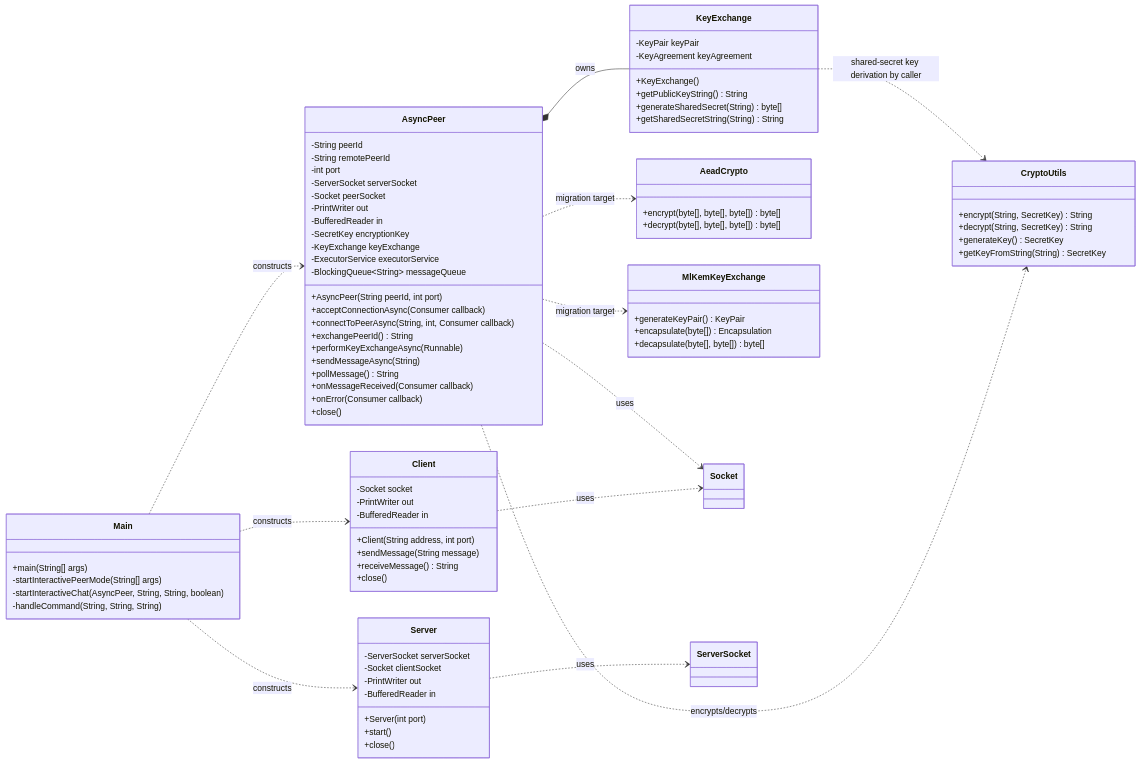
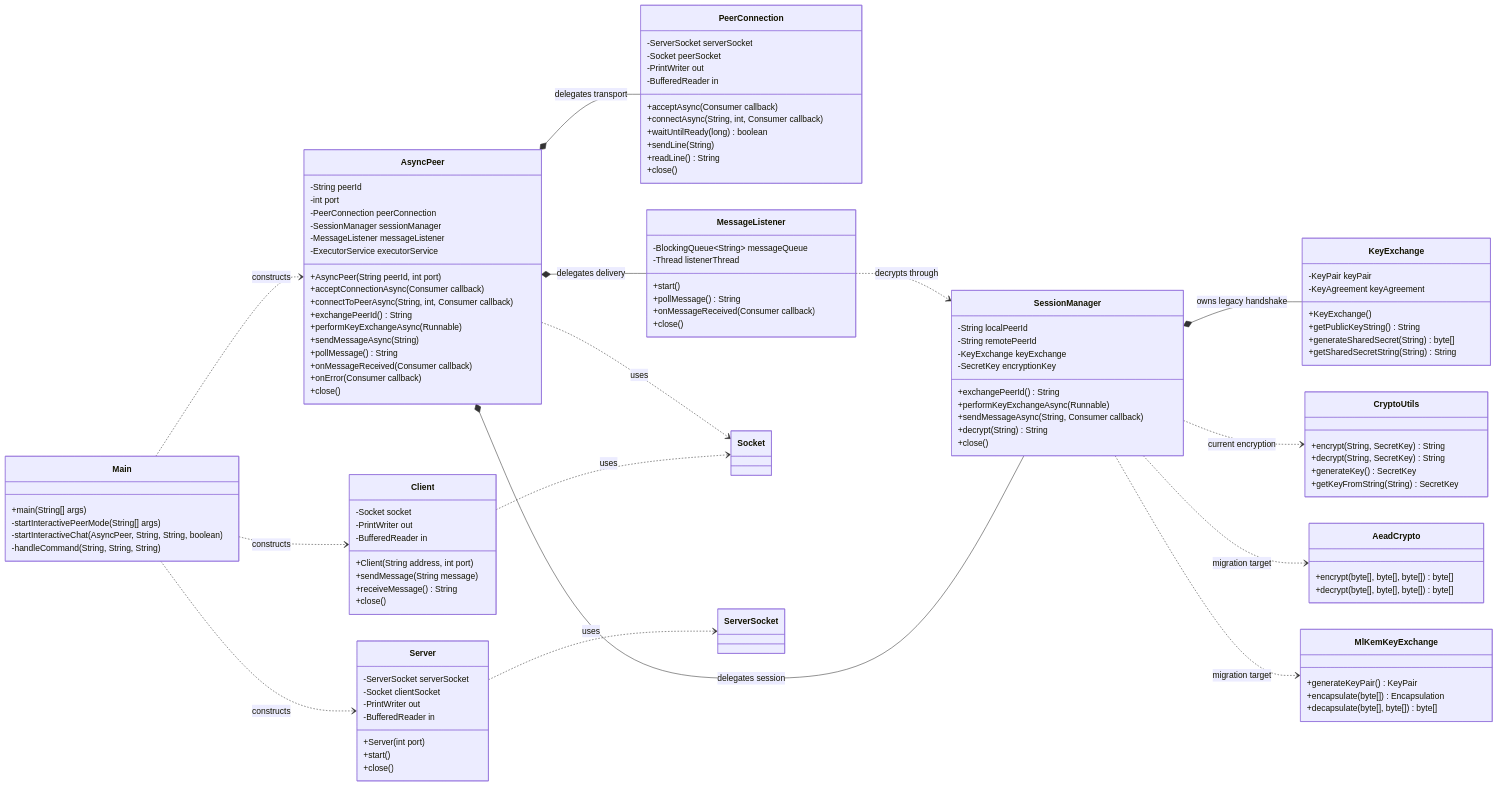
The second of 5 diagrams in docs/module-level-design.md (fl4nk3r-h/secureP2P-Java), drawn with Mermaid before and after one commit. The commit also changed other lines of this file, not shown here.

Commit message:
Refactor module-level design documentation to update ownership and responsibilities of network components, enhancing clarity on connection management and session handling.

```diff
--- a/docs/module-level-design.md
+++ b/docs/module-level-design.md
@@ -102,16 +102,11 @@
 
     class AsyncPeer {
         -String peerId
-        -String remotePeerId
         -int port
-        -ServerSocket serverSocket
-        -Socket peerSocket
-        -PrintWriter out
-        -BufferedReader in
-        -SecretKey encryptionKey
-        -KeyExchange keyExchange
+        -PeerConnection peerConnection
+        -SessionManager sessionManager
+        -MessageListener messageListener
         -ExecutorService executorService
-        -BlockingQueue~String~ messageQueue
         +AsyncPeer(String peerId, int port)
         +acceptConnectionAsync(Consumer callback)
         +connectToPeerAsync(String, int, Consumer callback)
@@ -121,6 +116,40 @@
         +pollMessage() String
         +onMessageReceived(Consumer callback)
         +onError(Consumer callback)
+        +close()
+    }
+
+    class PeerConnection {
+        -ServerSocket serverSocket
+        -Socket peerSocket
+        -PrintWriter out
+        -BufferedReader in
+        +acceptAsync(Consumer callback)
+        +connectAsync(String, int, Consumer callback)
+        +waitUntilReady(long) boolean
+        +sendLine(String)
+        +readLine() String
+        +close()
+    }
+
+    class SessionManager {
+        -String localPeerId
+        -String remotePeerId
+        -KeyExchange keyExchange
+        -SecretKey encryptionKey
+        +exchangePeerId() String
+        +performKeyExchangeAsync(Runnable)
+        +sendMessageAsync(String, Consumer callback)
+        +decrypt(String) String
+        +close()
+    }
+
+    class MessageListener {
+        -BlockingQueue~String~ messageQueue
+        -Thread listenerThread
+        +start()
+        +pollMessage() String
+        +onMessageReceived(Consumer callback)
         +close()
     }
 
@@ -154,11 +183,14 @@
     Main ..> Client : constructs
     Main ..> Server : constructs
     Main ..> AsyncPeer : constructs
-    AsyncPeer *-- KeyExchange : owns
-    AsyncPeer ..> CryptoUtils : encrypts/decrypts
-    KeyExchange ..> CryptoUtils : shared-secret key derivation by caller
-    AsyncPeer ..> AeadCrypto : migration target
-    AsyncPeer ..> MlKemKeyExchange : migration target
+    AsyncPeer *-- PeerConnection : delegates transport
+    AsyncPeer *-- SessionManager : delegates session
+    AsyncPeer *-- MessageListener : delegates delivery
+    SessionManager *-- KeyExchange : owns legacy handshake
+    SessionManager ..> CryptoUtils : current encryption
+    MessageListener ..> SessionManager : decrypts through
+    SessionManager ..> AeadCrypto : migration target
+    SessionManager ..> MlKemKeyExchange : migration target
     Client ..> Socket : uses
     Server ..> ServerSocket : uses
     AsyncPeer ..> Socket : uses
```
